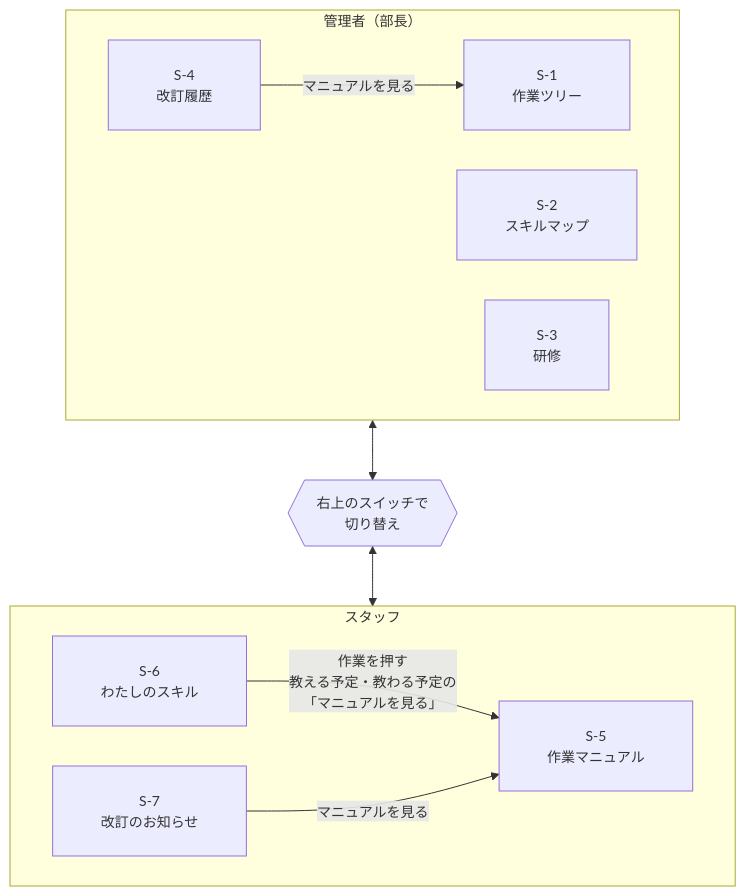
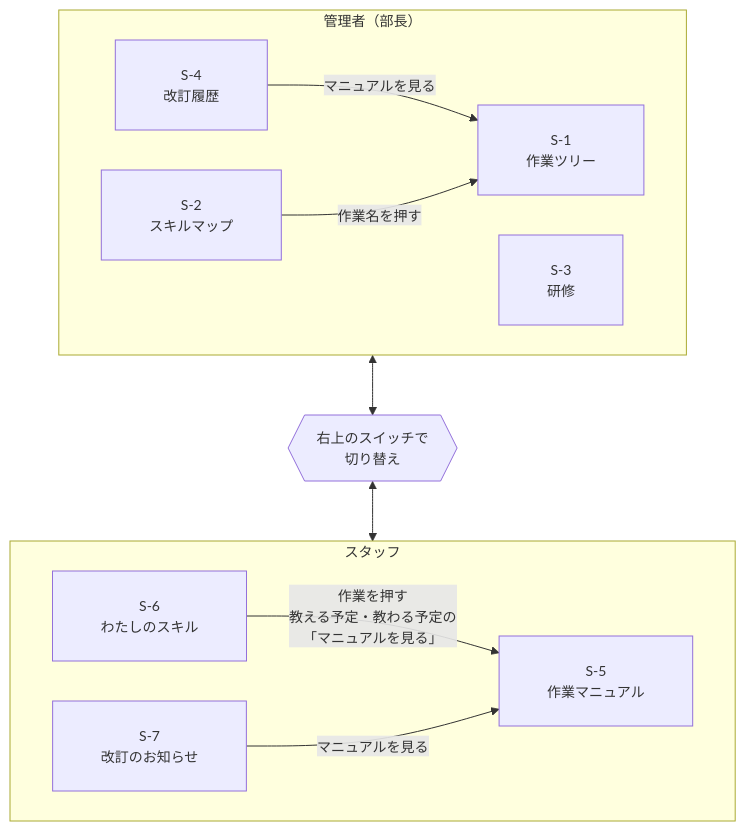
One commit to amiami/NCT_RUNTEQ_hackathon_app changed the diagram in docs/screens.md. Above: the diagram before and after it, drawn with Mermaid. The commit also changed other lines of this file and 4 other files, not shown here.

````diff
--- a/docs/screens.md
+++ b/docs/screens.md
@@ -21,23 +21,24 @@
 ```mermaid
 %%{init: {"flowchart": {"padding": 24, "nodeSpacing": 40, "rankSpacing": 60}, "themeVariables": {"fontSize": "14px"}}}%%
 flowchart TD
   subgraph admin["　管理者（部長）　"]
     S1["　S-1<br>作業ツリー　"]
     S2["　S-2<br>スキルマップ　"]
     S3["　S-3<br>研修　"]
     S4["　S-4<br>改訂履歴　"]
   end
 
   SW{{"　右上のスイッチで<br>切り替え　"}}
 
   subgraph staff["　スタッフ　"]
     S5["　S-5<br>作業マニュアル　"]
     S6["　S-6<br>わたしのスキル　"]
     S7["　S-7<br>改訂のお知らせ　"]
   end
 
   admin <--> SW <--> staff
   S4 -->|"　マニュアルを見る　"| S1
+  S2 -->|"　作業名を押す　"| S1
   S6 -->|"　作業を押す<br>教える予定・教わる予定の<br>「マニュアルを見る」　"| S5
   S7 -->|"　マニュアルを見る　"| S5
 ```
````
